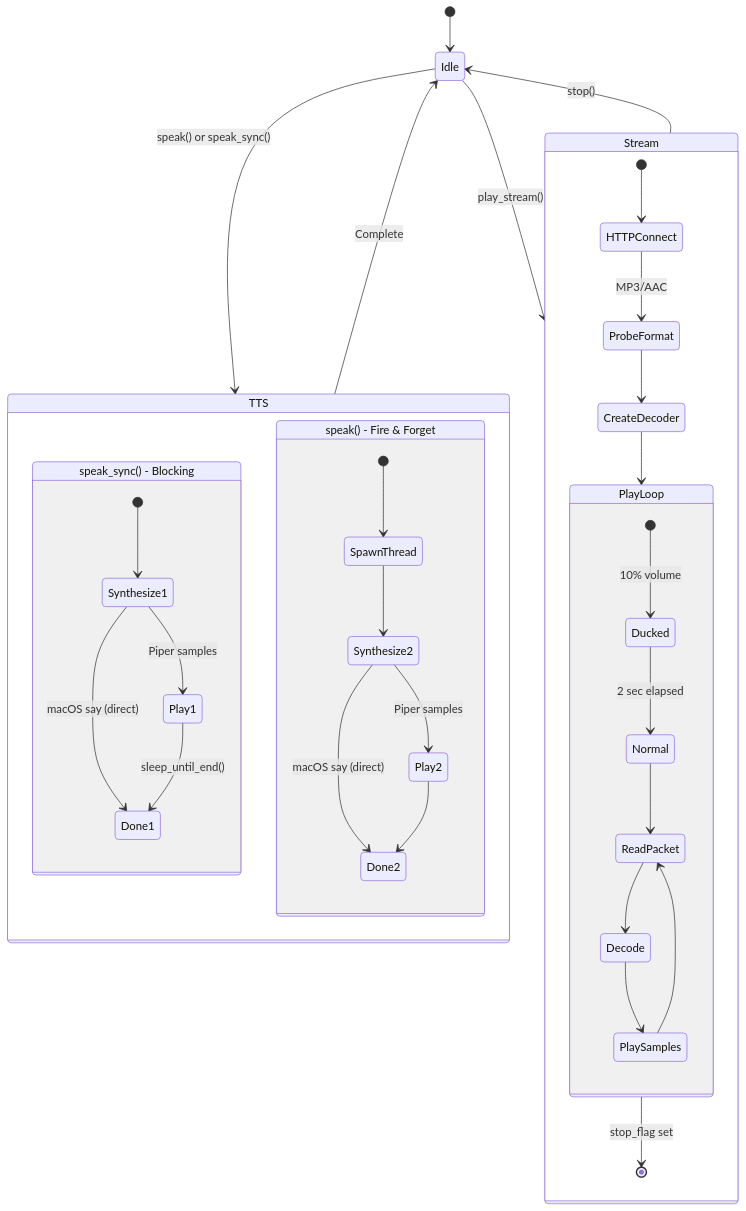
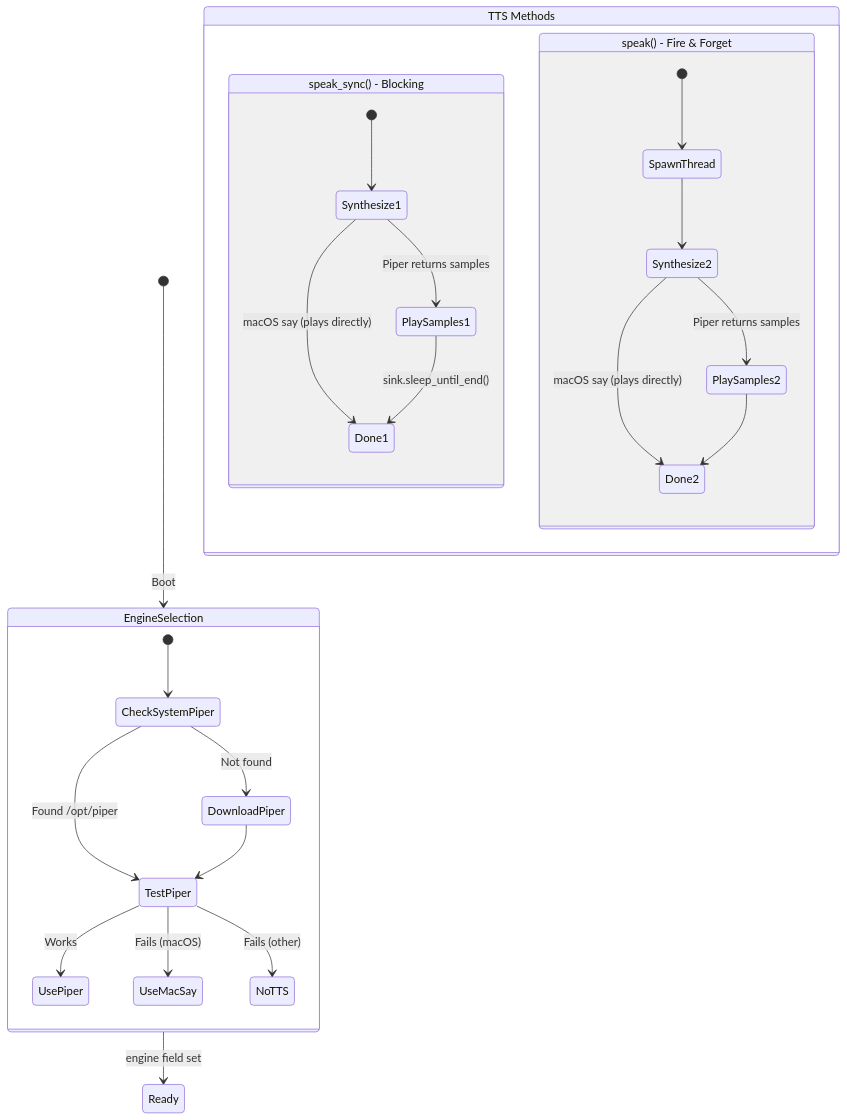
One commit to eralpkaraduman/lego-radio changed the third of 5 diagrams in docs/state-machine.md. Above: the diagram before and after it, drawn with Mermaid. The commit also changed other lines of this file, not shown here.

````diff
--- a/docs/state-machine.md
+++ b/docs/state-machine.md
@@ -143,44 +180,34 @@
 ```mermaid
 stateDiagram-v2
-    [*] --> Idle
+    [*] --> EngineSelection: Boot
 
-    state "TTS" as TTS {
+    state EngineSelection {
+        [*] --> CheckSystemPiper
+        CheckSystemPiper --> TestPiper: Found /opt/piper
+        CheckSystemPiper --> DownloadPiper: Not found
+
+        DownloadPiper --> TestPiper
+        TestPiper --> UsePiper: Works
+        TestPiper --> UseMacSay: Fails (macOS)
+        TestPiper --> NoTTS: Fails (other)
+    }
+
+    EngineSelection --> Ready: engine field set
+
+    state "TTS Methods" as Methods {
         state "speak_sync() - Blocking" as Sync {
             [*] --> Synthesize1
-            Synthesize1 --> Play1: Piper samples
-            Synthesize1 --> Done1: macOS say (direct)
-            Play1 --> Done1: sleep_until_end()
+            Synthesize1 --> PlaySamples1: Piper returns samples
+            Synthesize1 --> Done1: macOS say (plays directly)
+            PlaySamples1 --> Done1: sink.sleep_until_end()
         }
 
         state "speak() - Fire & Forget" as Async {
             [*] --> SpawnThread
             SpawnThread --> Synthesize2
-            Synthesize2 --> Play2: Piper samples
-            Synthesize2 --> Done2: macOS say (direct)
-            Play2 --> Done2
+            Synthesize2 --> PlaySamples2: Piper returns samples
+            Synthesize2 --> Done2: macOS say (plays directly)
+            PlaySamples2 --> Done2
         }
     }
-
-    state "Stream" as Stream {
-        [*] --> HTTPConnect
-        HTTPConnect --> ProbeFormat: MP3/AAC
-        ProbeFormat --> CreateDecoder
-        CreateDecoder --> PlayLoop
-
-        state PlayLoop {
-            [*] --> Ducked: 10% volume
-            Ducked --> Normal: 2 sec elapsed
-            Normal --> ReadPacket
-            ReadPacket --> Decode
-            Decode --> PlaySamples
-            PlaySamples --> ReadPacket
-        }
-
-        PlayLoop --> [*]: stop_flag set
-    }
-
-    Idle --> TTS: speak() or speak_sync()
-    Idle --> Stream: play_stream()
-    Stream --> Idle: stop()
-    TTS --> Idle: Complete
 ```
````
